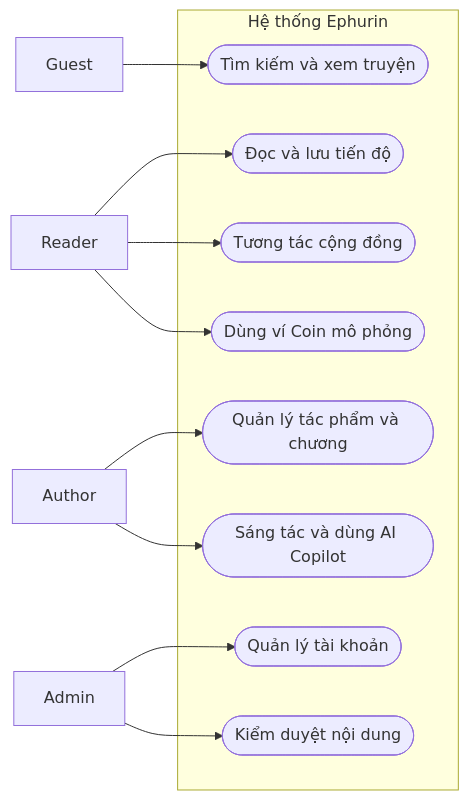
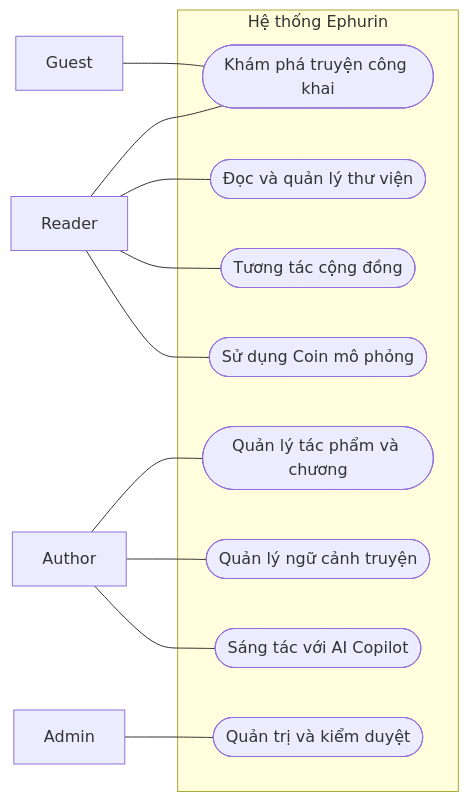
One commit to Ephurin/Novel_sharing_platform changed the second of 25 diagrams in docs/BAO_CAO_CHUONG_3.md. Above: the diagram before and after it, drawn with Mermaid. The commit also changed other lines of this file, not shown here.

Commit message:
docs: expand Chapter 3 use cases to detailed domain diagrams based on main

````diff
--- a/docs/BAO_CAO_CHUONG_3.md
+++ b/docs/BAO_CAO_CHUONG_3.md
@@ -110,25 +112,26 @@
 ```mermaid
 flowchart LR
     G["Guest"]
     R["Reader"]
     A["Author"]
     AD["Admin"]
-    subgraph E["Hệ thống Ephurin"]
-        C1(["Tìm kiếm và xem truyện"])
-        C2(["Đọc và lưu tiến độ"])
-        C3(["Tương tác cộng đồng"])
-        C4(["Dùng ví Coin mô phỏng"])
-        C5(["Quản lý tác phẩm và chương"])
-        C6(["Sáng tác và dùng AI Copilot"])
-        C7(["Quản lý tài khoản"])
-        C8(["Kiểm duyệt nội dung"])
+    subgraph SYS["Hệ thống Ephurin"]
+        U1(["Khám phá truyện công khai"])
+        U2(["Đọc và quản lý thư viện"])
+        U3(["Tương tác cộng đồng"])
+        U4(["Sử dụng Coin mô phỏng"])
+        U5(["Quản lý tác phẩm và chương"])
+        U6(["Quản lý ngữ cảnh truyện"])
+        U7(["Sáng tác với AI Copilot"])
+        U8(["Quản trị và kiểm duyệt"])
     end
-    G --> C1
-    R --> C2
-    R --> C3
-    R --> C4
-    A --> C5
-    A --> C6
-    AD --> C7
-    AD --> C8
+    G --- U1
+    R --- U1
+    R --- U2
+    R --- U3
+    R --- U4
+    A --- U5
+    A --- U6
+    A --- U7
+    AD --- U8
 ```
````
